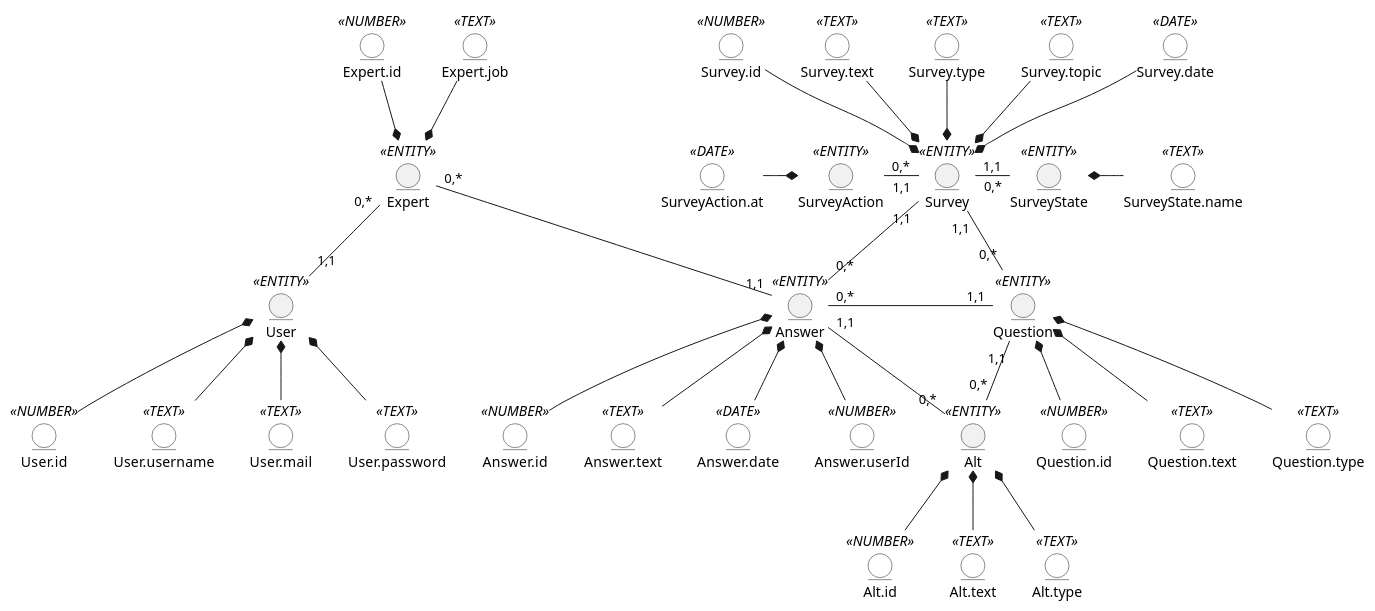
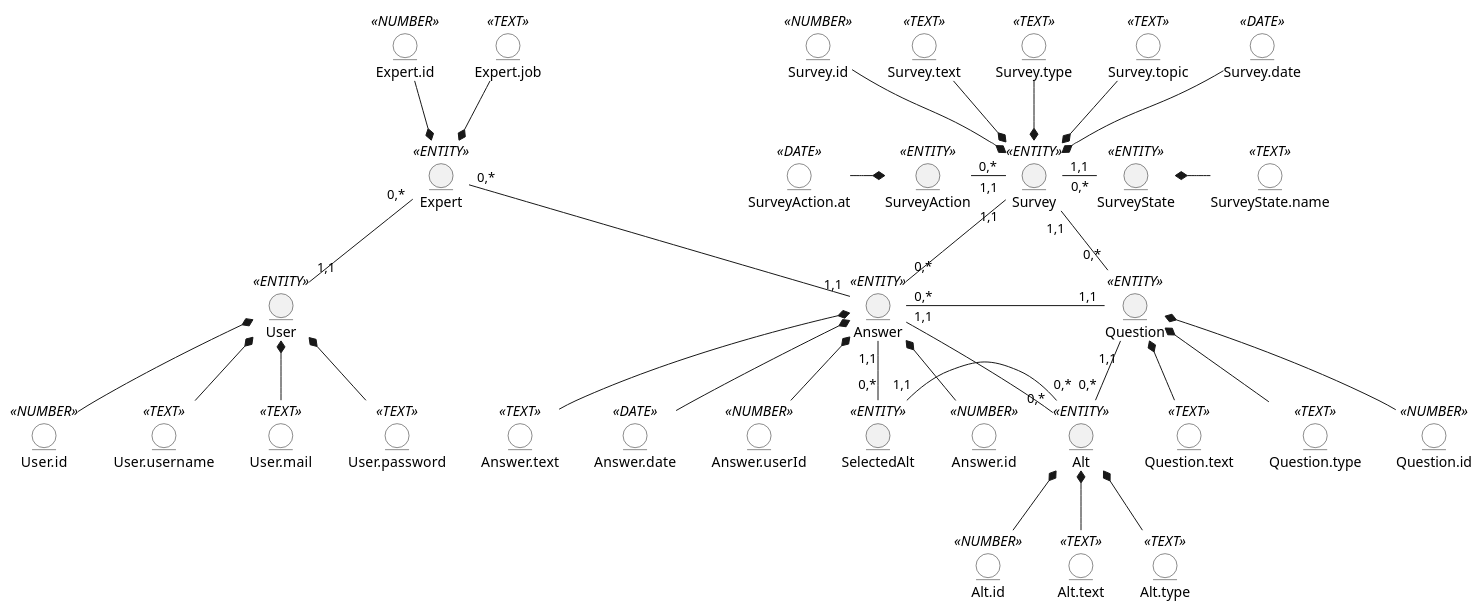
The diagram in docs/design/README.md (chuenkoD/expert-surveys), drawn with PlantUML before and after one commit.

Commit message:
updated model

```diff
--- a/docs/design/README.md
+++ b/docs/design/README.md
@@ -16,4 +16,6 @@
 @startuml
+entity SelectedAlt <<ENTITY>>
+
   entity Alt <<ENTITY>>
   entity Alt.id <<NUMBER>> #ffffff
   entity Alt.text <<TEXT>> #ffffff
@@ -94,4 +96,6 @@
   Survey "1,1" -l- "0,*" SurveyAction
   Question "1,1" -d- "0,*" Alt
   Answer"1,1" -d- "0,*" Alt
+  Answer"1,1" -d- "0,*" SelectedAlt
+  SelectedAlt"1,1"-r- "0,*"Alt
 @enduml
```
